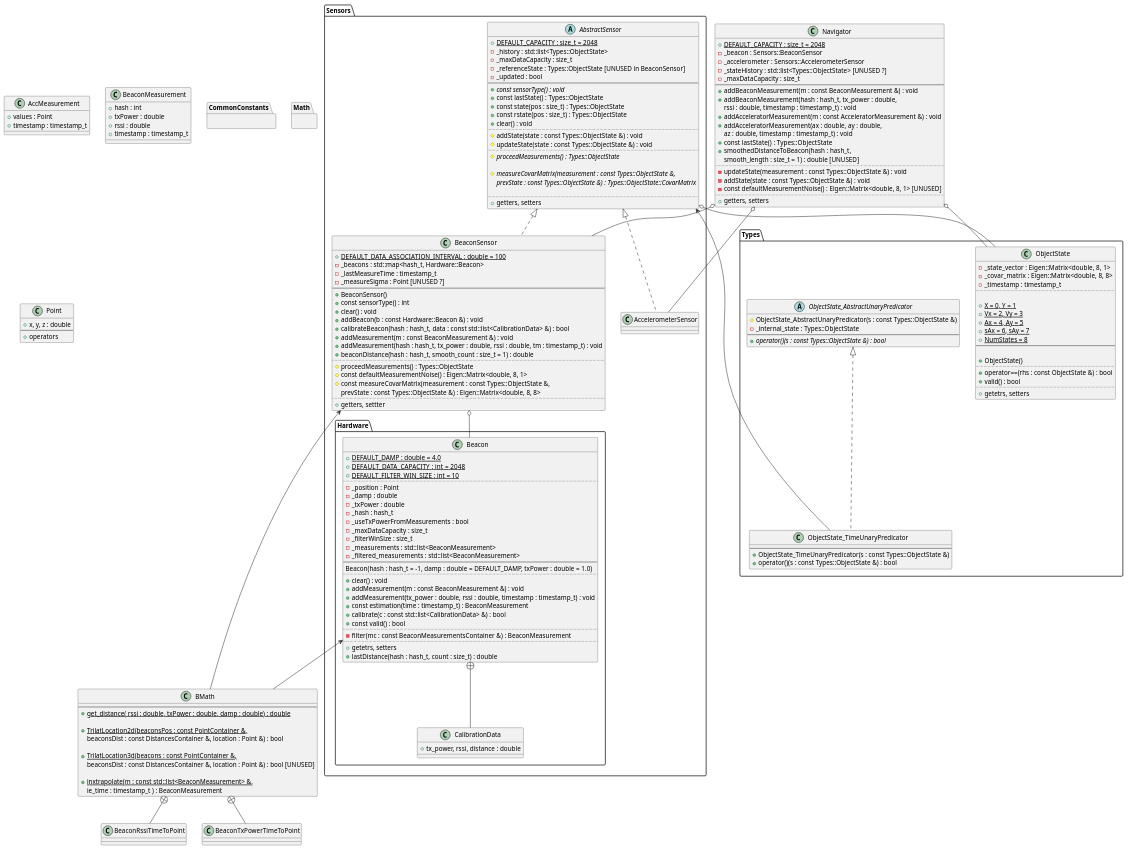
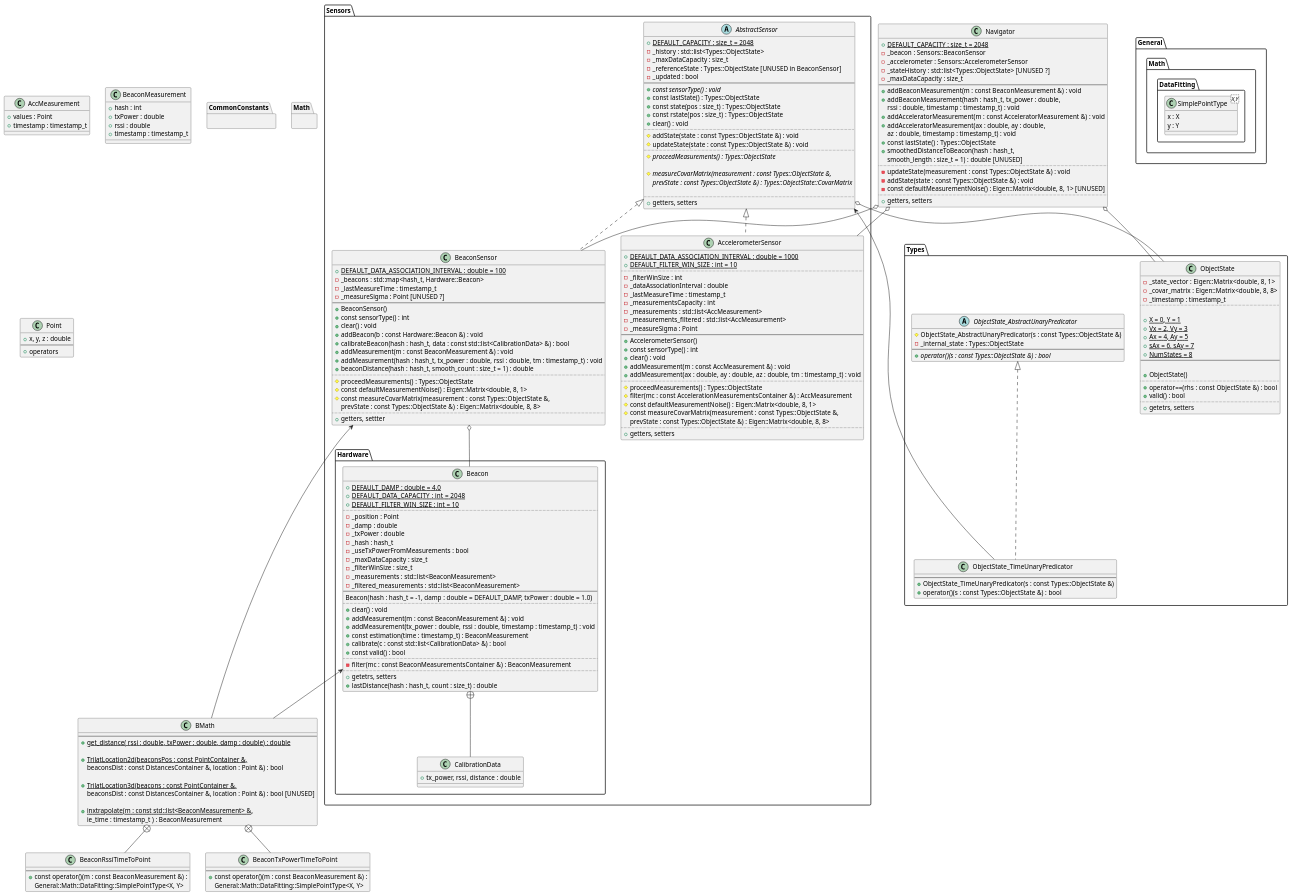
Before and after one commit to Dima2407/indoor: the diagram in tools/test-tool/UML_diagrams/tracking_lib.puml, drawn with PlantUML. The commit also changed 54 other files, not shown here.

Commit message:
tracking_lib UML finished

```diff
--- a/tools/test-tool/UML_diagrams/tracking_lib.puml
+++ b/tools/test-tool/UML_diagrams/tracking_lib.puml
@@ -49,6 +49,30 @@
     }
 
     class AccelerometerSensor{
+    + {static} DEFAULT_DATA_ASSOCIATION_INTERVAL : double = 1000
+    + {static} DEFAULT_FILTER_WIN_SIZE : int = 10
+    ..
+    - _filterWinSize : int
+    - _dataAssociationInterval : double
+    - _lastMeasureTime : timestamp_t
+    - _measurementsCapacity : int
+    - _measurements : std::list<AccMeasurement>
+    - _measurements_filtered : std::list<AccMeasurement>
+    - _measureSigma : Point
+    --
+    + AccelerometerSensor()
+    + const sensorType() : int
+    + clear() : void
+    + addMeasurement(m : const AccMeasurement &) : void
+    + addMeasurement(ax : double, ay : double, az : double, tm : timestamp_t) : void
+    ..
+    # proceedMeasurements() : Types::ObjectState
+    # filter(mc : const AccelerationMeasurementsContainer &) : AccMeasurement
+    # const defaultMeasurementNoise() : Eigen::Matrix<double, 8, 1>
+    # const measureCovarMatrix(measurement : const Types::ObjectState &,
+      prevState : const Types::ObjectState &) : Eigen::Matrix<double, 8, 8>
+    ..
+    + getters, setters
     }
 
     AbstractSensor <|.. BeaconSensor
@@ -164,6 +188,18 @@
    ie_time : timestamp_t ) : BeaconMeasurement
 }
 
+class BeaconRssiTimeToPoint {
+--
++ const operator()(m : const BeaconMeasurement &) :
+  General::Math::DataFitting::SimplePointType<X, Y>
+}
+
+class BeaconTxPowerTimeToPoint {
+--
++ const operator()(m : const BeaconMeasurement &) :
+  General::Math::DataFitting::SimplePointType<X, Y>
+}
+
 BMath +== BeaconRssiTimeToPoint
 BMath +== BeaconTxPowerTimeToPoint
 
@@ -182,6 +218,16 @@
 package Math{
 }
 
+namespace General{
+ namespace Math{
+  namespace DataFitting {
+   class SimplePointType <X,Y> {
+     x : X
+     y : Y
+   }
+  }
+ }
+}
 class Navigator{
  + {static} DEFAULT_CAPACITY : size_t = 2048
  - _beacon : Sensors::BeaconSensor
```
